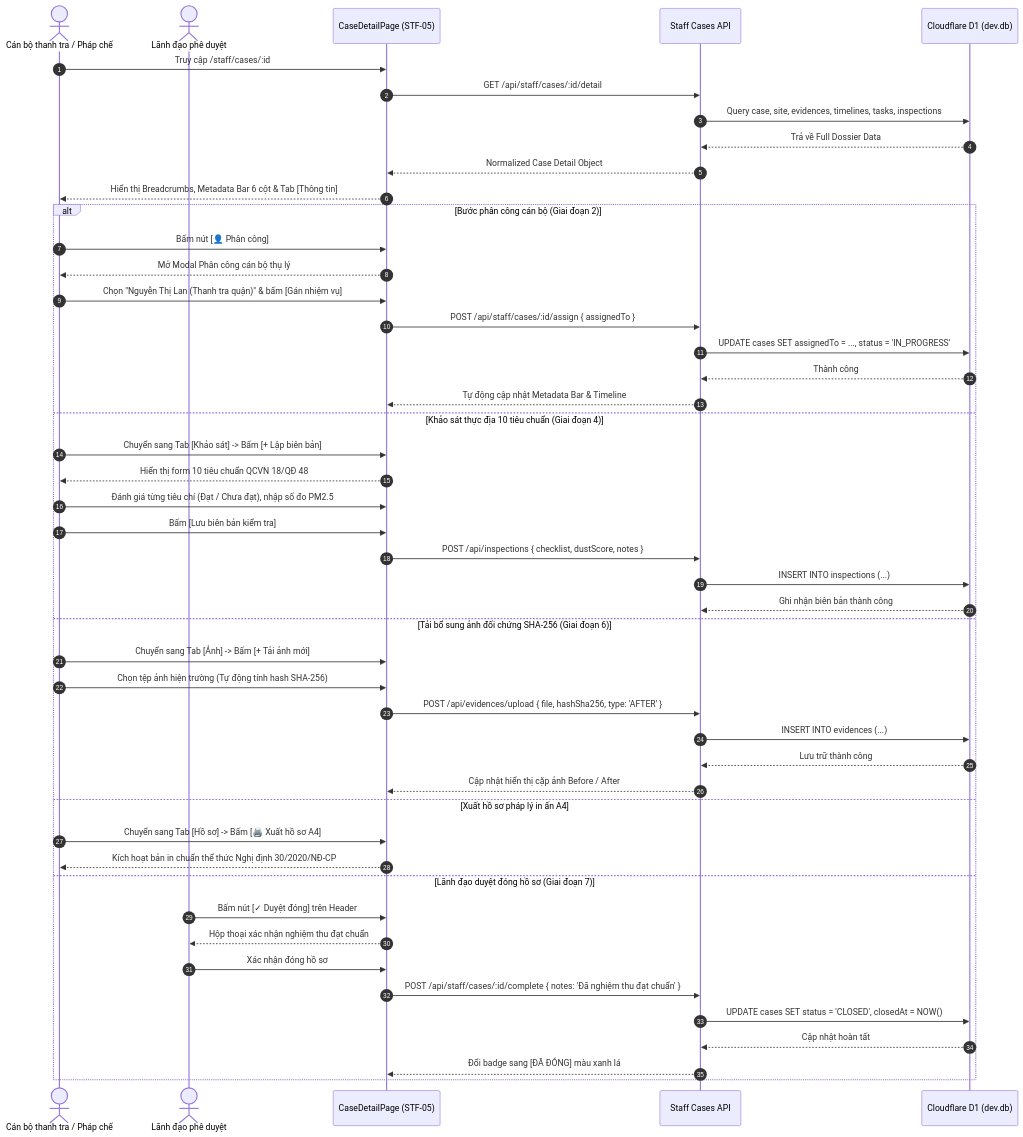
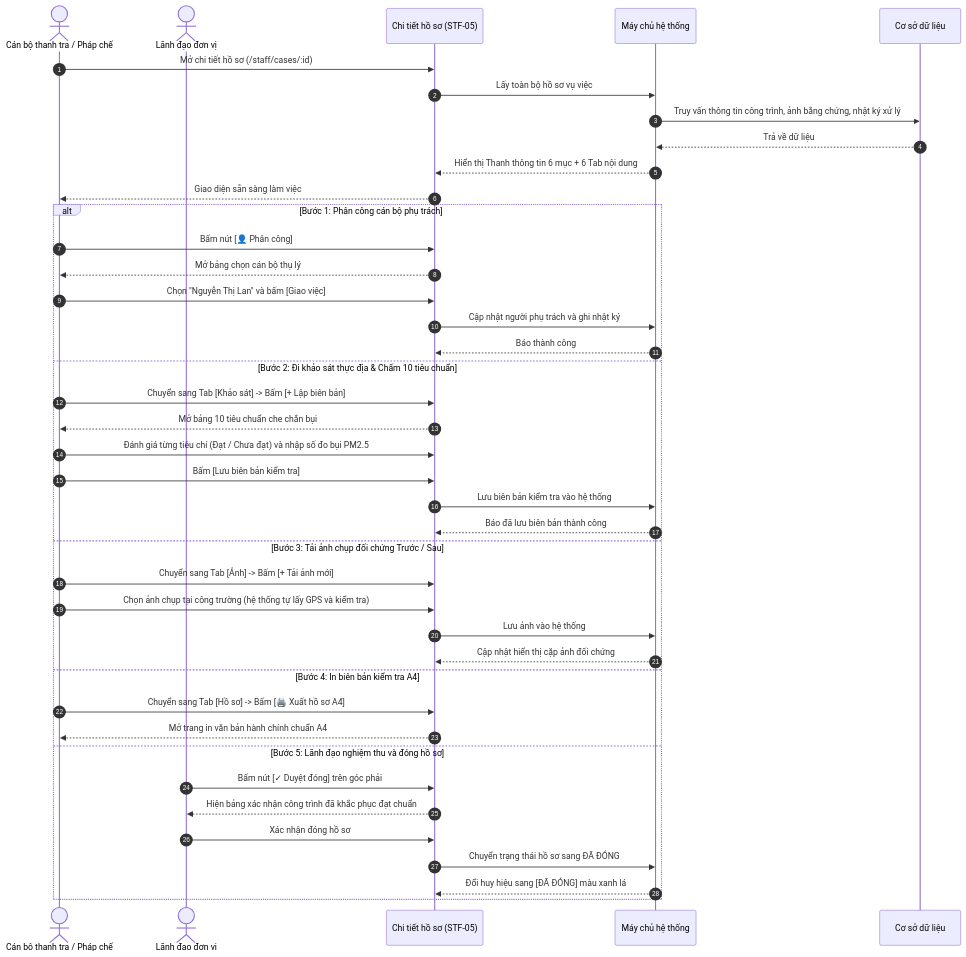
The diagram in docs/product/screens/STAFF-05-case-detail.md (26730023-PhamPhuNguyenHung/unicef-dustguard), drawn with Mermaid before and after one commit. The commit also changed other lines of this file and 30 other files, not shown here.

````diff
--- a/docs/product/screens/STAFF-05-case-detail.md
+++ b/docs/product/screens/STAFF-05-case-detail.md
@@ -77,52 +71,45 @@
 ```mermaid
 sequenceDiagram
     autonumber
-    actor Staff as Cán bộ thanh tra / Pháp chế
-    actor Lead as Lãnh đạo phê duyệt
-    participant UI as CaseDetailPage (STF-05)
-    participant API as Staff Cases API
-    participant DB as Cloudflare D1 (dev.db)
+    actor CB as Cán bộ thanh tra / Pháp chế
+    actor LD as Lãnh đạo đơn vị
+    participant MH as Chi tiết hồ sơ (STF-05)
+    participant HT as Máy chủ hệ thống
+    participant CSDL as Cơ sở dữ liệu
 
-    Staff->>UI: Truy cập /staff/cases/:id
-    UI->>API: GET /api/staff/cases/:id/detail
-    API->>DB: Query case, site, evidences, timelines, tasks, inspections
-    DB-->>API: Trả về Full Dossier Data
-    API-->>UI: Normalized Case Detail Object
-    UI-->>Staff: Hiển thị Breadcrumbs, Metadata Bar 6 cột & Tab [Thông tin]
+    CB->>MH: Mở chi tiết hồ sơ (/staff/cases/:id)
+    MH->>HT: Lấy toàn bộ hồ sơ vụ việc
+    HT->>CSDL: Truy vấn thông tin công trình, ảnh bằng chứng, nhật ký xử lý
+    CSDL-->>HT: Trả về dữ liệu
+    HT-->>MH: Hiển thị Thanh thông tin 6 mục + 6 Tab nội dung
+    MH-->>CB: Giao diện sẵn sàng làm việc
 
-    alt Bước phân công cán bộ (Giai đoạn 2)
-        Staff->>UI: Bấm nút [👤 Phân công]
-        UI-->>Staff: Mở Modal Phân công cán bộ thụ lý
-        Staff->>UI: Chọn "Nguyễn Thị Lan (Thanh tra quận)" & bấm [Gán nhiệm vụ]
-        UI->>API: POST /api/staff/cases/:id/assign { assignedTo }
-        API->>DB: UPDATE cases SET assignedTo = ..., status = 'IN_PROGRESS'
-        DB-->>API: Thành công
-        API-->>UI: Tự động cập nhật Metadata Bar & Timeline
-    else Khảo sát thực địa 10 tiêu chuẩn (Giai đoạn 4)
-        Staff->>UI: Chuyển sang Tab [Khảo sát] -> Bấm [+ Lập biên bản]
-        UI-->>Staff: Hiển thị form 10 tiêu chuẩn QCVN 18/QĐ 48
-        Staff->>UI: Đánh giá từng tiêu chí (Đạt / Chưa đạt), nhập số đo PM2.5
-        Staff->>UI: Bấm [Lưu biên bản kiểm tra]
-        UI->>API: POST /api/inspections { checklist, dustScore, notes }
-        API->>DB: INSERT INTO inspections (...)
-        DB-->>API: Ghi nhận biên bản thành công
-    else Tải bổ sung ảnh đối chứng SHA-256 (Giai đoạn 6)
-        Staff->>UI: Chuyển sang Tab [Ảnh] -> Bấm [+ Tải ảnh mới]
-        Staff->>UI: Chọn tệp ảnh hiện trường (Tự động tính hash SHA-256)
-        UI->>API: POST /api/evidences/upload { file, hashSha256, type: 'AFTER' }
-        API->>DB: INSERT INTO evidences (...)
-        DB-->>API: Lưu trữ thành công
-        API-->>UI: Cập nhật hiển thị cặp ảnh Before / After
-    else Xuất hồ sơ pháp lý in ấn A4
-        Staff->>UI: Chuyển sang Tab [Hồ sơ] -> Bấm [🖨️ Xuất hồ sơ A4]
-        UI-->>Staff: Kích hoạt bản in chuẩn thể thức Nghị định 30/2020/NĐ-CP
-    else Lãnh đạo duyệt đóng hồ sơ (Giai đoạn 7)
-        Lead->>UI: Bấm nút [✓ Duyệt đóng] trên Header
-        UI-->>Lead: Hộp thoại xác nhận nghiệm thu đạt chuẩn
-        Lead->>UI: Xác nhận đóng hồ sơ
-        UI->>API: POST /api/staff/cases/:id/complete { notes: 'Đã nghiệm thu đạt chuẩn' }
-        API->>DB: UPDATE cases SET status = 'CLOSED', closedAt = NOW()
-        DB-->>API: Cập nhật hoàn tất
-        API-->>UI: Đổi badge sang [ĐÃ ĐÓNG] màu xanh lá
+    alt Bước 1: Phân công cán bộ phụ trách
+        CB->>MH: Bấm nút [👤 Phân công]
+        MH-->>CB: Mở bảng chọn cán bộ thụ lý
+        CB->>MH: Chọn "Nguyễn Thị Lan" và bấm [Giao việc]
+        MH->>HT: Cập nhật người phụ trách và ghi nhật ký
+        HT-->>MH: Báo thành công
+    else Bước 2: Đi khảo sát thực địa & Chấm 10 tiêu chuẩn
+        CB->>MH: Chuyển sang Tab [Khảo sát] -> Bấm [+ Lập biên bản]
+        MH-->>CB: Mở bảng 10 tiêu chuẩn che chắn bụi
+        CB->>MH: Đánh giá từng tiêu chí (Đạt / Chưa đạt) và nhập số đo bụi PM2.5
+        CB->>MH: Bấm [Lưu biên bản kiểm tra]
+        MH->>HT: Lưu biên bản kiểm tra vào hệ thống
+        HT-->>MH: Báo đã lưu biên bản thành công
+    else Bước 3: Tải ảnh chụp đối chứng Trước / Sau
+        CB->>MH: Chuyển sang Tab [Ảnh] -> Bấm [+ Tải ảnh mới]
+        CB->>MH: Chọn ảnh chụp tại công trường (hệ thống tự lấy GPS và kiểm tra)
+        MH->>HT: Lưu ảnh vào hệ thống
+        HT-->>MH: Cập nhật hiển thị cặp ảnh đối chứng
+    else Bước 4: In biên bản kiểm tra A4
+        CB->>MH: Chuyển sang Tab [Hồ sơ] -> Bấm [🖨️ Xuất hồ sơ A4]
+        MH-->>CB: Mở trang in văn bản hành chính chuẩn A4
+    else Bước 5: Lãnh đạo nghiệm thu và đóng hồ sơ
+        LD->>MH: Bấm nút [✓ Duyệt đóng] trên góc phải
+        MH-->>LD: Hiện bảng xác nhận công trình đã khắc phục đạt chuẩn
+        LD->>MH: Xác nhận đóng hồ sơ
+        MH->>HT: Chuyển trạng thái hồ sơ sang ĐÃ ĐÓNG
+        HT-->>MH: Đổi huy hiệu sang [ĐÃ ĐÓNG] màu xanh lá
     end
 ```
````
